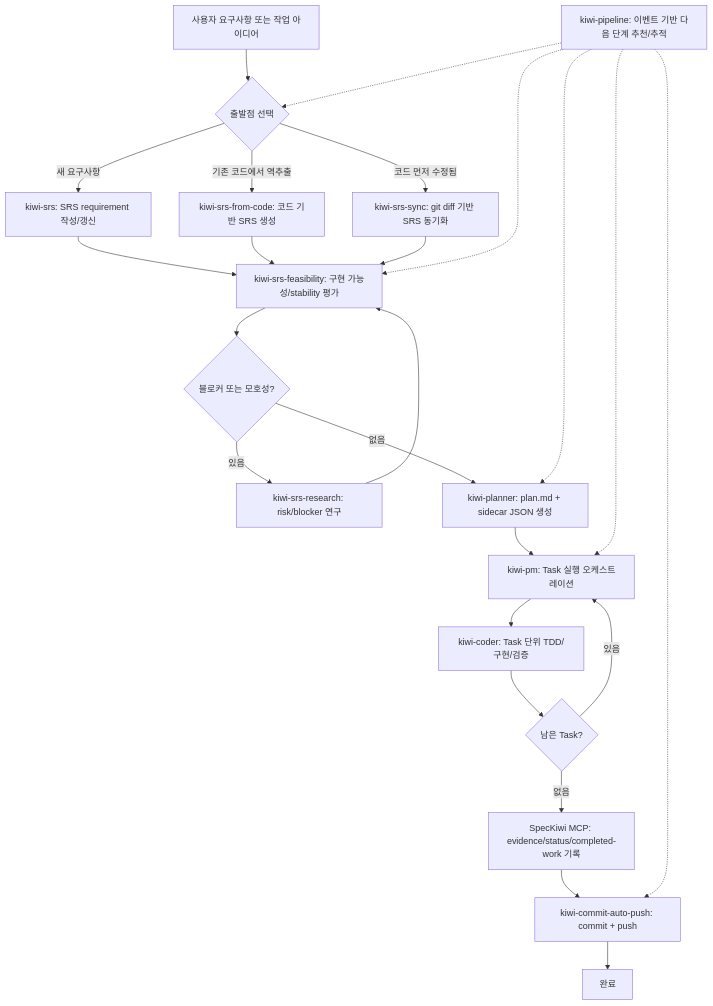
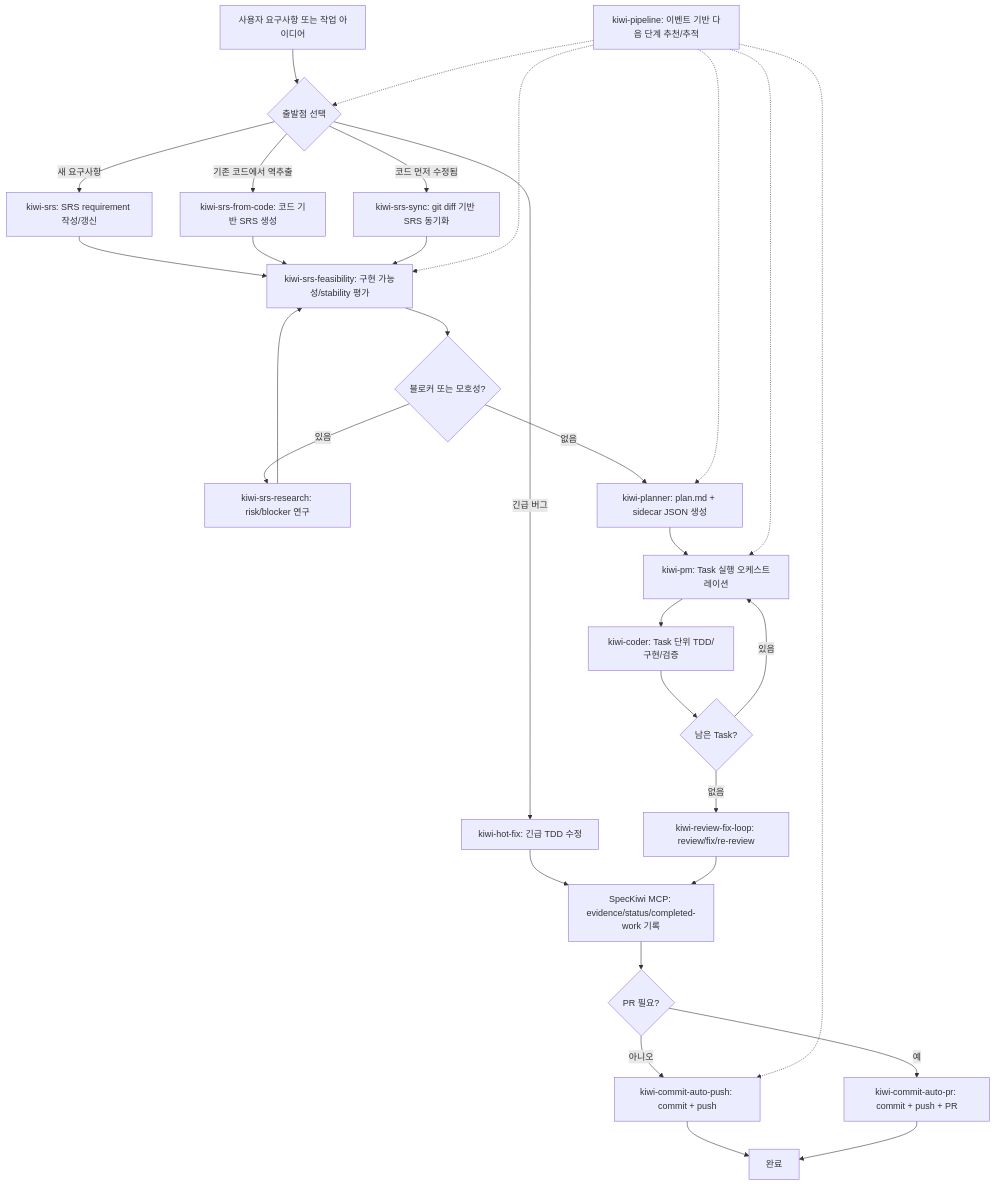
Before and after one commit to Snoworca/speckiwi: the first of 4 diagrams in README.md, drawn with Mermaid. The commit also changed other lines of this file and 75 other files, not shown here.

````diff
--- a/README.md
+++ b/README.md
@@ -164,30 +167,36 @@
 ```mermaid
 flowchart TD
     A["사용자 요구사항 또는 작업 아이디어"] --> B{"출발점 선택"}
     B -->|새 요구사항| C["kiwi-srs: SRS requirement 작성/갱신"]
     B -->|기존 코드에서 역추출| D["kiwi-srs-from-code: 코드 기반 SRS 생성"]
     B -->|코드 먼저 수정됨| E["kiwi-srs-sync: git diff 기반 SRS 동기화"]
+    B -->|긴급 버그| Q["kiwi-hot-fix: 긴급 TDD 수정"]
 
     C --> F["kiwi-srs-feasibility: 구현 가능성/stability 평가"]
     D --> F
     E --> F
+    Q --> M
 
     F --> G{"블로커 또는 모호성?"}
     G -->|있음| H["kiwi-srs-research: risk/blocker 연구"]
     H --> F
     G -->|없음| I["kiwi-planner: plan.md + sidecar JSON 생성"]
 
     I --> J["kiwi-pm: Task 실행 오케스트레이션"]
     J --> K["kiwi-coder: Task 단위 TDD/구현/검증"]
     K --> L{"남은 Task?"}
     L -->|있음| J
-    L -->|없음| M["SpecKiwi MCP: evidence/status/completed-work 기록"]
-    M --> N["kiwi-commit-auto-push: commit + push"]
+    L -->|없음| R["kiwi-review-fix-loop: review/fix/re-review"]
+    R --> M["SpecKiwi MCP: evidence/status/completed-work 기록"]
+    M --> S{"PR 필요?"}
+    S -->|아니오| N["kiwi-commit-auto-push: commit + push"]
+    S -->|예| T["kiwi-commit-auto-pr: commit + push + PR"]
     N --> O["완료"]
+    T --> O
 
     P["kiwi-pipeline: 이벤트 기반 다음 단계 추천/추적"] -.-> B
     P -.-> F
     P -.-> I
     P -.-> J
     P -.-> N
 ```
````
